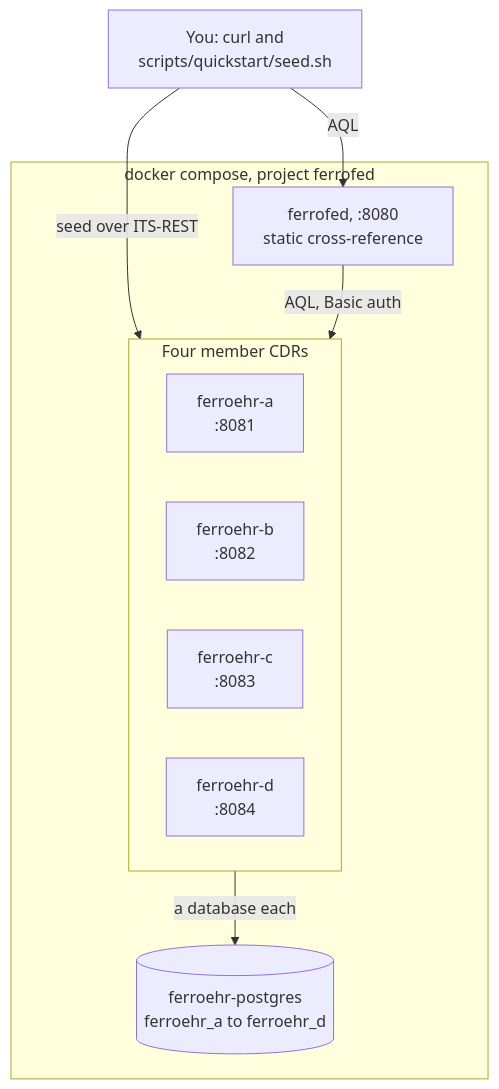
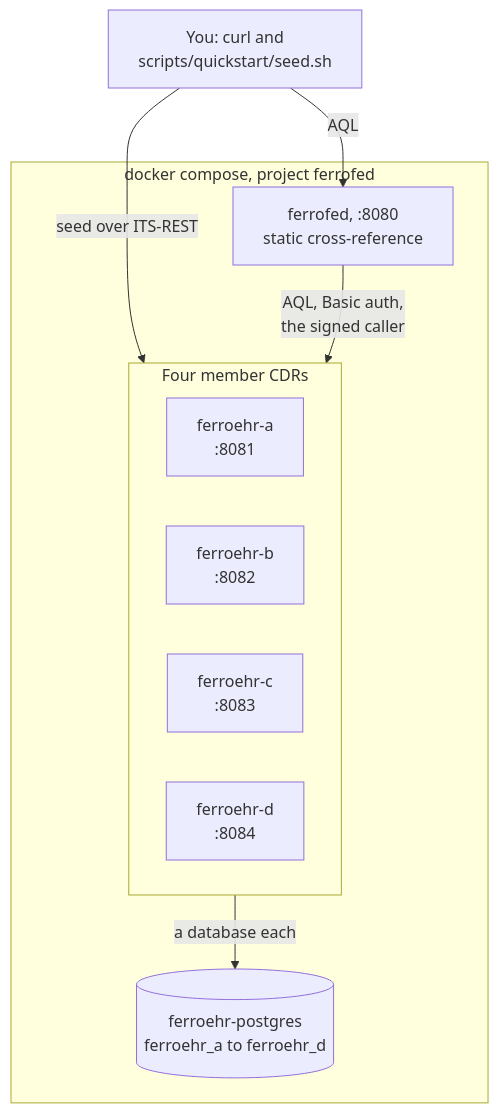
One commit to FerroHEALTH/FerroFED changed the first of 3 diagrams in website/book/src/how-it-works/deployment.md. Above: the diagram before and after it, drawn with Mermaid. The commit also changed other lines of this file and 111 other files, not shown here.

````diff
--- a/website/book/src/how-it-works/deployment.md
+++ b/website/book/src/how-it-works/deployment.md
@@ -21,18 +21,18 @@
 ```mermaid
 flowchart TB
     you["You: curl and<br/>scripts/quickstart/seed.sh"]
     subgraph compose["docker compose, project ferrofed"]
         gw["ferrofed, :8080<br/>static cross-reference"]
         subgraph nodes["Four member CDRs"]
             a["ferroehr-a<br/>:8081"]
             b["ferroehr-b<br/>:8082"]
             c["ferroehr-c<br/>:8083"]
             d["ferroehr-d<br/>:8084"]
         end
         pg[("ferroehr-postgres<br/>ferroehr_a to ferroehr_d")]
     end
     you -->|"AQL"| gw
     you -->|"seed over ITS-REST"| nodes
-    gw -->|"AQL, Basic auth"| nodes
+    gw -->|"AQL, Basic auth,<br/>the signed caller"| nodes
     nodes -->|"a database each"| pg
 ```
````
